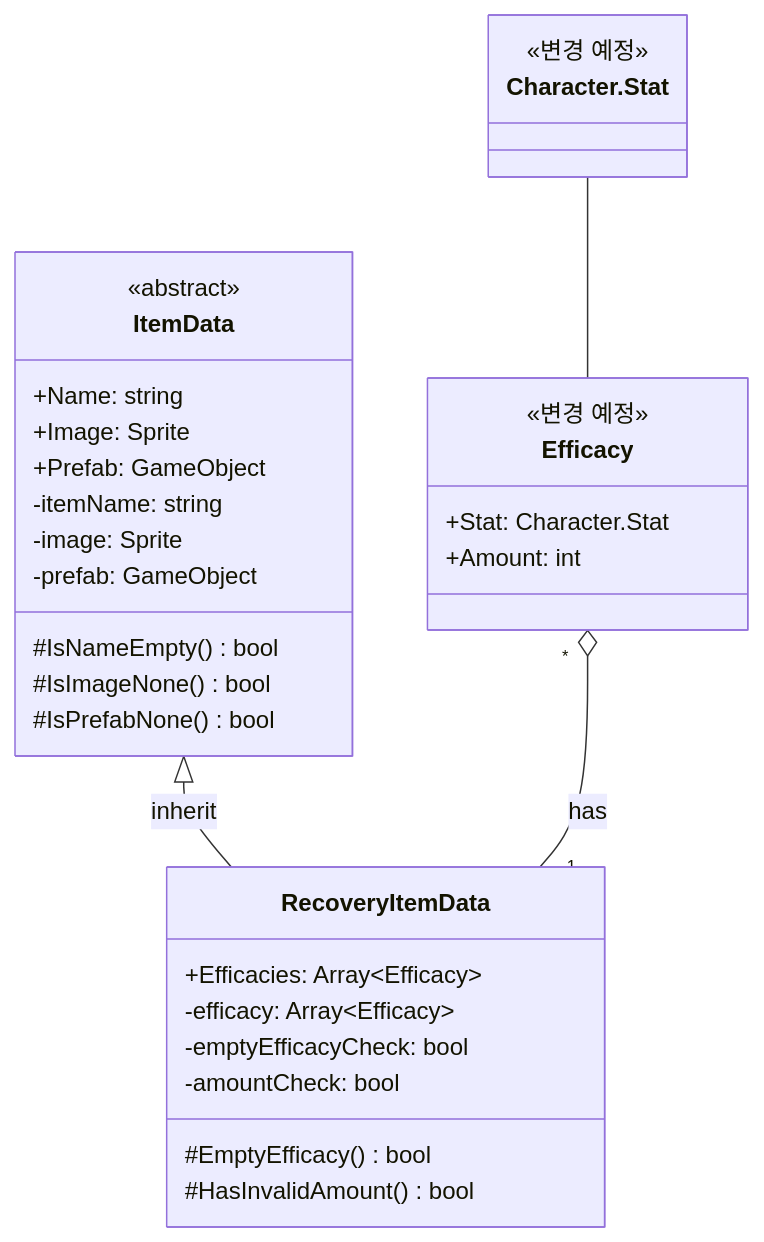
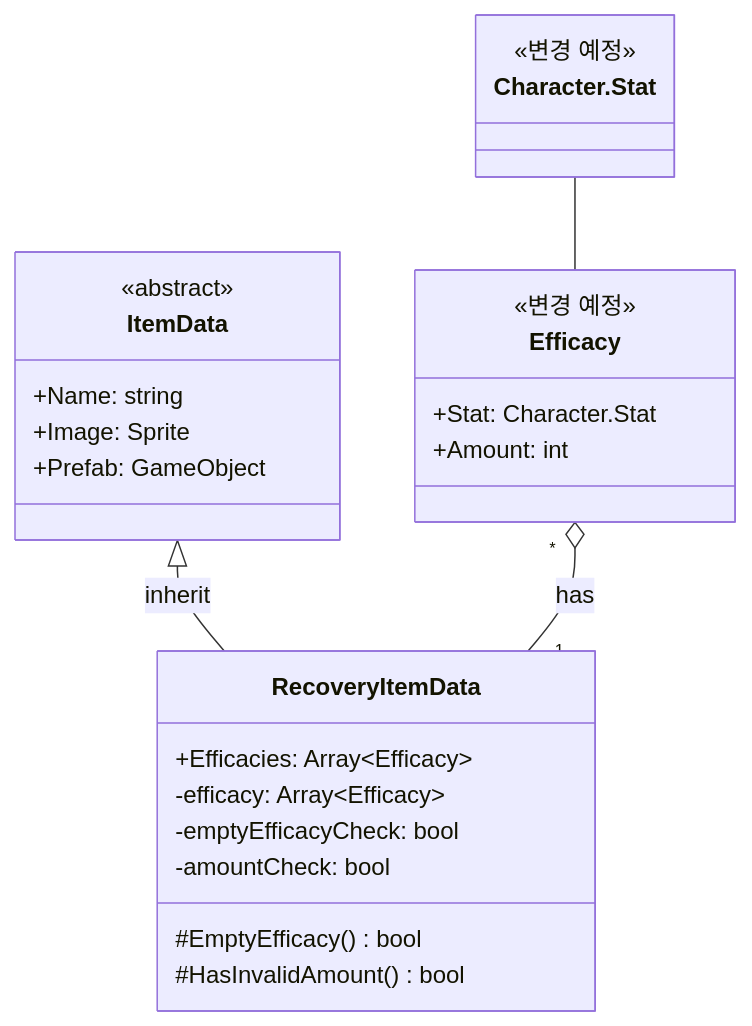
Before and after one commit to 10-team-project/docs: the diagram in docs/기능명세서/아이템/RecoveryItemData.md, drawn with Mermaid. The commit also changed other lines of this file and 1 other file, not shown here.

Commit message:
RecoveryItem class

````diff
--- a/docs/기능명세서/아이템/RecoveryItemData.md
+++ b/docs/기능명세서/아이템/RecoveryItemData.md
@@ -30,41 +30,33 @@
 ```mermaid
 classDiagram
 
 	class RecoveryItemData {
 		+Efficacies: Array~Efficacy~
 		-efficacy: Array~Efficacy~
 		-emptyEfficacyCheck: bool
 		-amountCheck: bool
 		#EmptyEfficacy() bool
 		#HasInvalidAmount() bool
 	}
 	
 	class Efficacy {
 		<<변경 예정>>
 		+Stat: Character.Stat 
 		+Amount: int
 	}
 
 	class Character.Stat {
 		<<변경 예정>>
 	}
 
 	class ItemData {
 		<<abstract>>
 		+Name: string
 		+Image: Sprite
 		+Prefab: GameObject
-		
-		-itemName: string
-		-image: Sprite
-		-prefab: GameObject	
-
-		#IsNameEmpty() bool
-		#IsImageNone() bool
-		#IsPrefabNone() bool
 	}
 
 	ItemData <|-- RecoveryItemData	: inherit
 	Efficacy "*" o-- "1" RecoveryItemData: has
 	Character.Stat -- Efficacy
 ```
````
